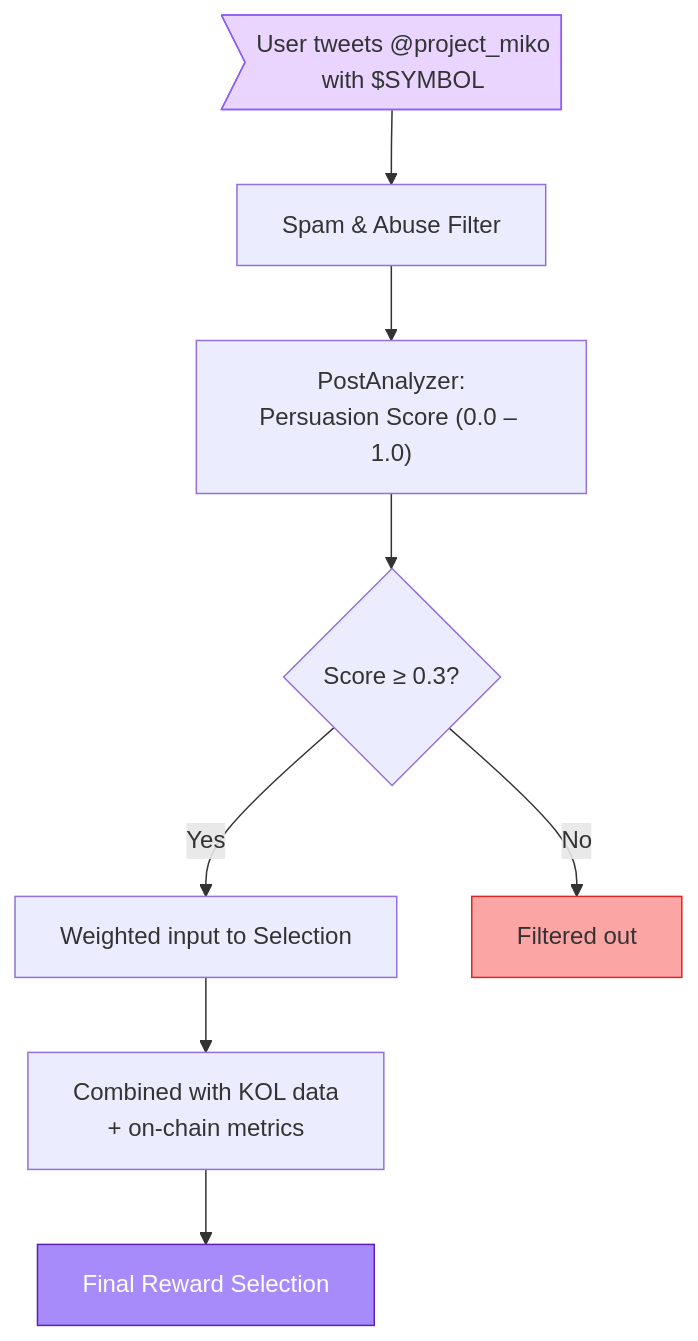
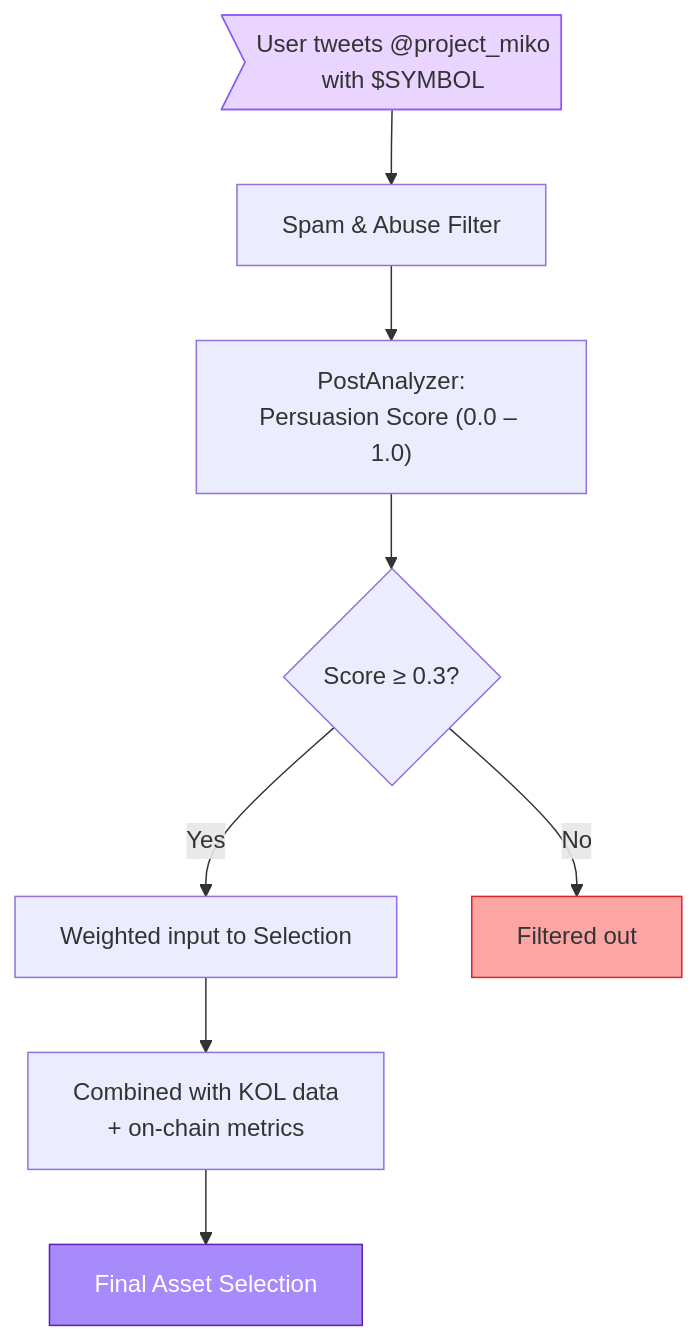
The fifth of 6 diagrams in docs/technical-architecture/ai-architecture.md (Miko-Protocol/docs), drawn with Mermaid before and after one commit. The commit also changed other lines of this file and 5 other files, not shown here.

````diff
--- a/docs/technical-architecture/ai-architecture.md
+++ b/docs/technical-architecture/ai-architecture.md
@@ -303,13 +303,13 @@
 ```mermaid
 graph TD
     A>"User tweets @project_miko<br/>with $SYMBOL"] --> B["Spam & Abuse Filter"]
     B --> C["PostAnalyzer:<br/>Persuasion Score (0.0 – 1.0)"]
     C --> D{"Score ≥ 0.3?"}
     D -->|"Yes"| E["Weighted input to Selection"]
     D -->|"No"| F["Filtered out"]
     E --> G["Combined with KOL data<br/>+ on-chain metrics"]
-    G --> H["Final Reward Selection"]
+    G --> H["Final Asset Selection"]
     style A fill:#E9D5FF,stroke:#8B5CF6
     style F fill:#fca5a5,stroke:#dc2626
     style H fill:#A78BFA,stroke:#5B21B6,color:#fff
 ```
````
